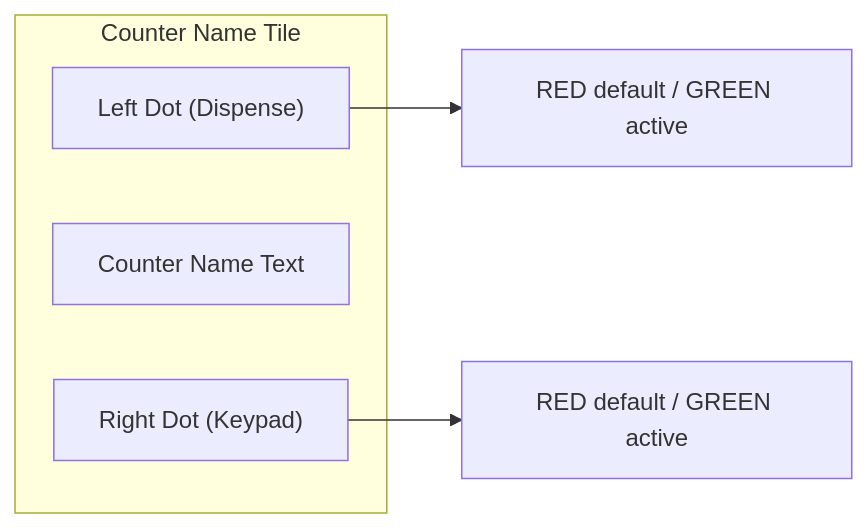
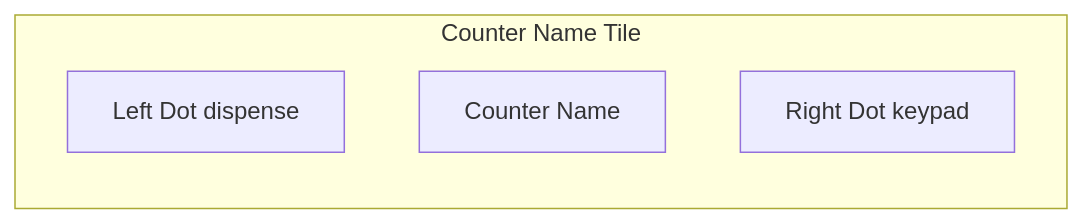
The third of 6 diagrams in docs/WIREFRAMES.md (AdhiAdithyan/CallQTV), drawn with Mermaid before and after one commit. The commit also changed other lines of this file and 9969 other files, not shown here.

````diff
--- a/docs/WIREFRAMES.md
+++ b/docs/WIREFRAMES.md
@@ -70,10 +69,8 @@
 ```mermaid
 graph LR
-    subgraph CounterNameTile ["Counter Name Tile"]
-        L["Left Dot (Dispense)"]
-        N["Counter Name Text"]
-        R["Right Dot (Keypad)"]
+    subgraph CounterTile ["Counter Name Tile"]
+        L["Left Dot dispense"]
+        T["Counter Name"]
+        R["Right Dot keypad"]
     end
-    L --> C1["RED default / GREEN active"]
-    R --> C2["RED default / GREEN active"]
 ```
````
